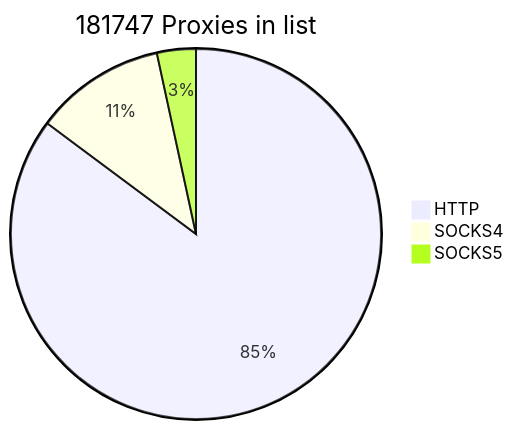
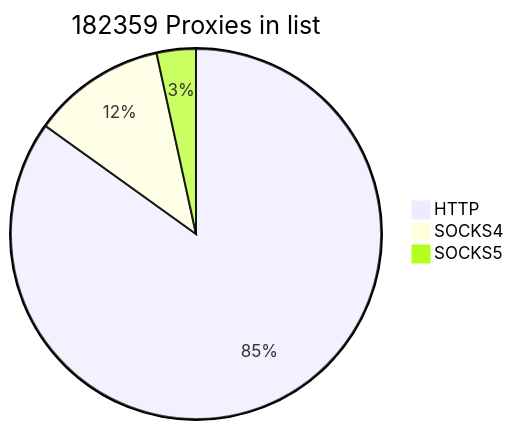
The first of 2 diagrams in README.md (cutipu/proxylist), drawn with Mermaid before and after one commit. The commit also changed other lines of this file, not shown here.

````diff
--- a/README.md
+++ b/README.md
@@ -2,7 +2,7 @@
 ```mermaid
-pie title 181747 Proxies in list
-    "HTTP" : 154816
-    "SOCKS4" : 20761
-    "SOCKS5" : 6170
+pie title 182359 Proxies in list
+    "HTTP" : 154842
+    "SOCKS4" : 21277
+    "SOCKS5" : 6240
             
 ```
````
